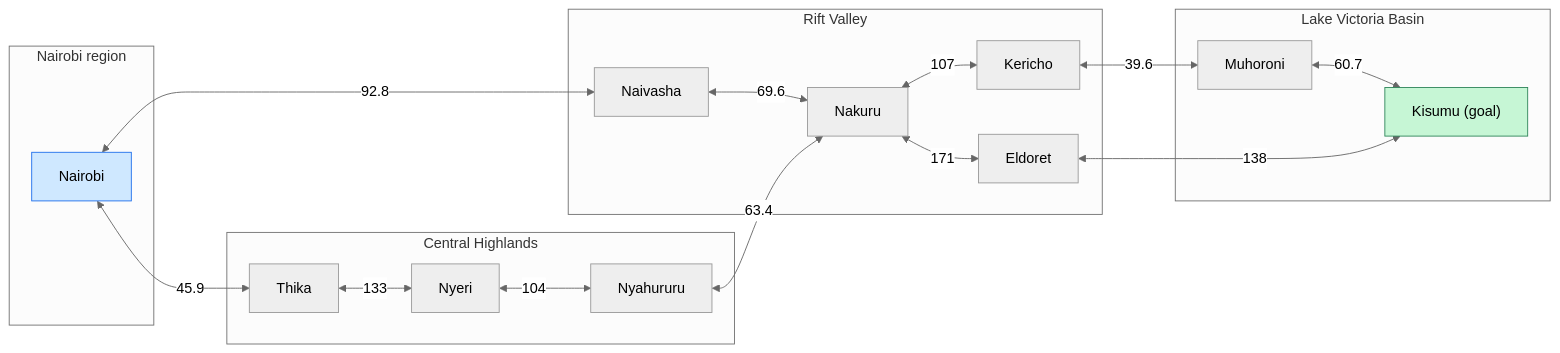
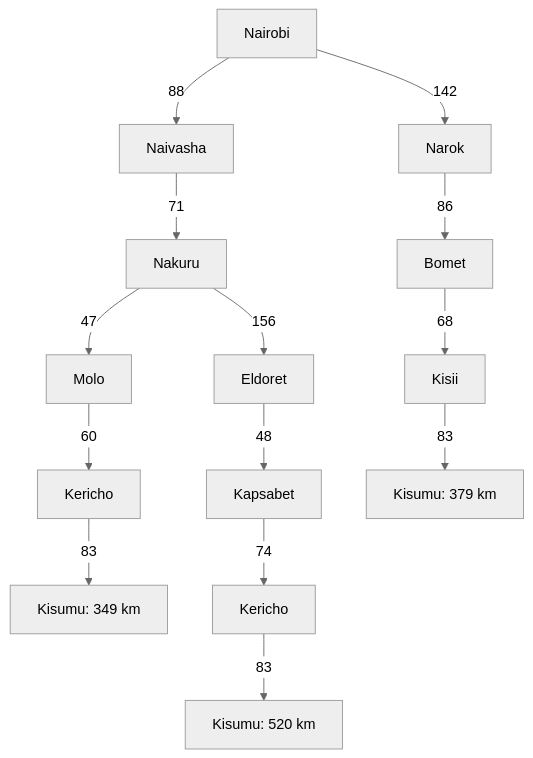
Before and after one commit to abdull6hi/PS-Agents: the diagram in design.md, drawn with Mermaid (neutral theme). The commit also changed other lines of this file, not shown here.

````diff
--- a/design.md
+++ b/design.md
@@ -94,36 +75,16 @@
 ```mermaid
-flowchart LR
-  subgraph NAIROBI["Nairobi region"]
-    NBO["Nairobi"]
-  end
-  subgraph CH["Central Highlands"]
-    THK["Thika"]
-    NYR["Nyeri"]
-    NYH["Nyahururu"]
-  end
-  subgraph RV["Rift Valley"]
-    NVS["Naivasha"]
-    NKR["Nakuru"]
-    KCH["Kericho"]
-    ELD["Eldoret"]
-  end
-  subgraph LVB["Lake Victoria Basin"]
-    MHR["Muhoroni"]
-    KSM["Kisumu (goal)"]
-  end
-  NBO <-->|92.8| NVS
-  NVS <-->|69.6| NKR
-  NKR <-->|107| KCH
-  KCH <-->|39.6| MHR
-  MHR <-->|60.7| KSM
-  NKR <-->|171| ELD
-  ELD <-->|138| KSM
-  NBO <-->|45.9| THK
-  THK <-->|133| NYR
-  NYR <-->|104| NYH
-  NYH <-->|63.4| NKR
-  classDef goal fill:#c6f6d5,stroke:#2f855a
-  classDef start fill:#cfe8ff,stroke:#1f6feb
-  class KSM goal
-  class NBO start
+graph TD
+    N["Nairobi"] -->|88| NV["Naivasha"]
+    N -->|142| NR["Narok"]
+    NV -->|71| NK["Nakuru"]
+    NK -->|47| MO["Molo"]
+    NK -->|156| EL["Eldoret"]
+    MO -->|60| KE1["Kericho"]
+    KE1 -->|83| KS1["Kisumu: 349 km"]
+    EL -->|48| KP["Kapsabet"]
+    KP -->|74| KE2["Kericho"]
+    KE2 -->|83| KS2["Kisumu: 520 km"]
+    NR -->|86| BO["Bomet"]
+    BO -->|68| KI["Kisii"]
+    KI -->|83| KS3["Kisumu: 379 km"]
 ```
````
